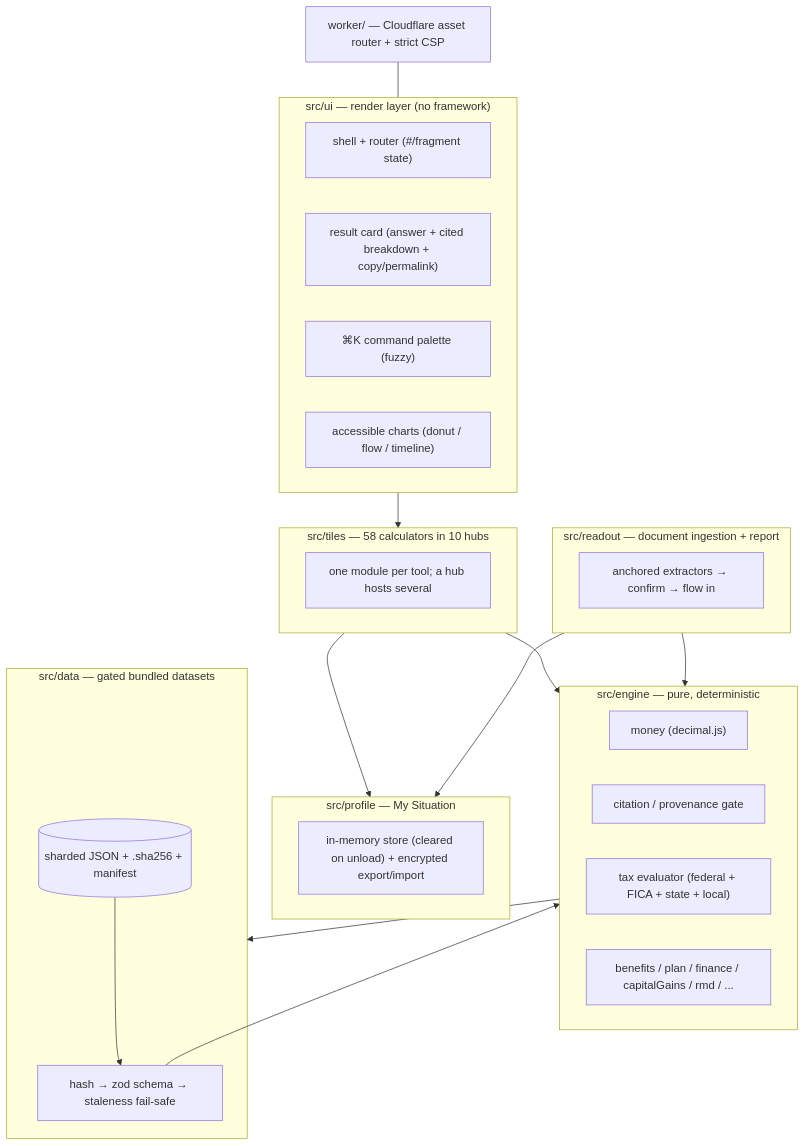
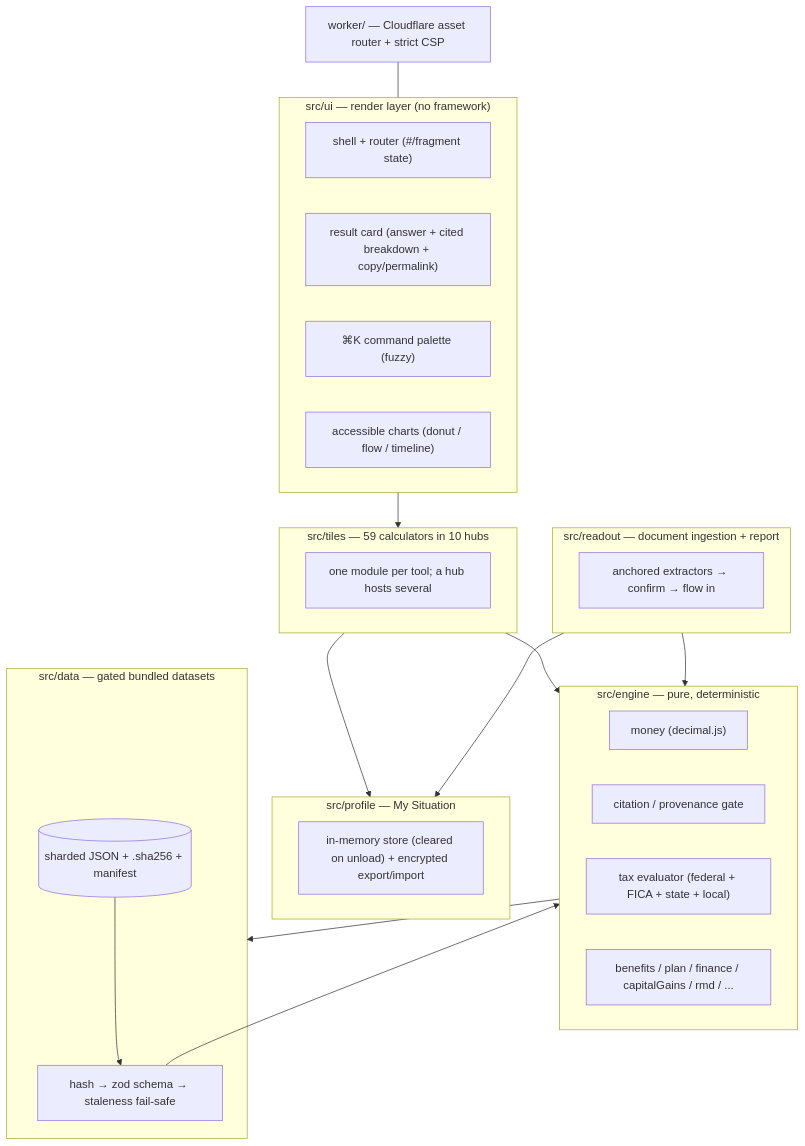
The second of 7 diagrams in README.md (clay-good/enklayve), drawn with Mermaid before and after one commit. The commit also changed other lines of this file and 12 other files, not shown here.

````diff
--- a/README.md
+++ b/README.md
@@ -241,36 +242,36 @@
 ```mermaid
 flowchart TD
     subgraph UI["src/ui — render layer (no framework)"]
         SH["shell + router (#/fragment state)"]
         RC["result card (answer + cited breakdown + copy/permalink)"]
         CP["⌘K command palette (fuzzy)"]
         CH["accessible charts (donut / flow / timeline)"]
     end
-    subgraph TILES["src/tiles — 58 calculators in 10 hubs"]
+    subgraph TILES["src/tiles — 59 calculators in 10 hubs"]
         T1["one module per tool; a hub hosts several"]
     end
     subgraph PROFILE["src/profile — My Situation"]
         PS["in-memory store (cleared on unload) + encrypted export/import"]
     end
     subgraph READOUT["src/readout — document ingestion + report"]
         RX["anchored extractors → confirm → flow in"]
     end
     subgraph ENGINE["src/engine — pure, deterministic"]
         MN["money (decimal.js)"]
         CI["citation / provenance gate"]
         TAX["tax evaluator (federal + FICA + state + local)"]
         BEN["benefits / plan / finance / capitalGains / rmd / ..."]
     end
     subgraph DATA["src/data — gated bundled datasets"]
         LO["hash → zod schema → staleness fail-safe"]
         DS[("sharded JSON + .sha256 + manifest")]
     end
     TILES --> ENGINE
     READOUT --> ENGINE
     TILES --> PROFILE
     READOUT --> PROFILE
     UI --> TILES
     ENGINE --> DATA
     DS --> LO --> ENGINE
     WORKER["worker/ — Cloudflare asset router + strict CSP"] --- UI
 ```
````
